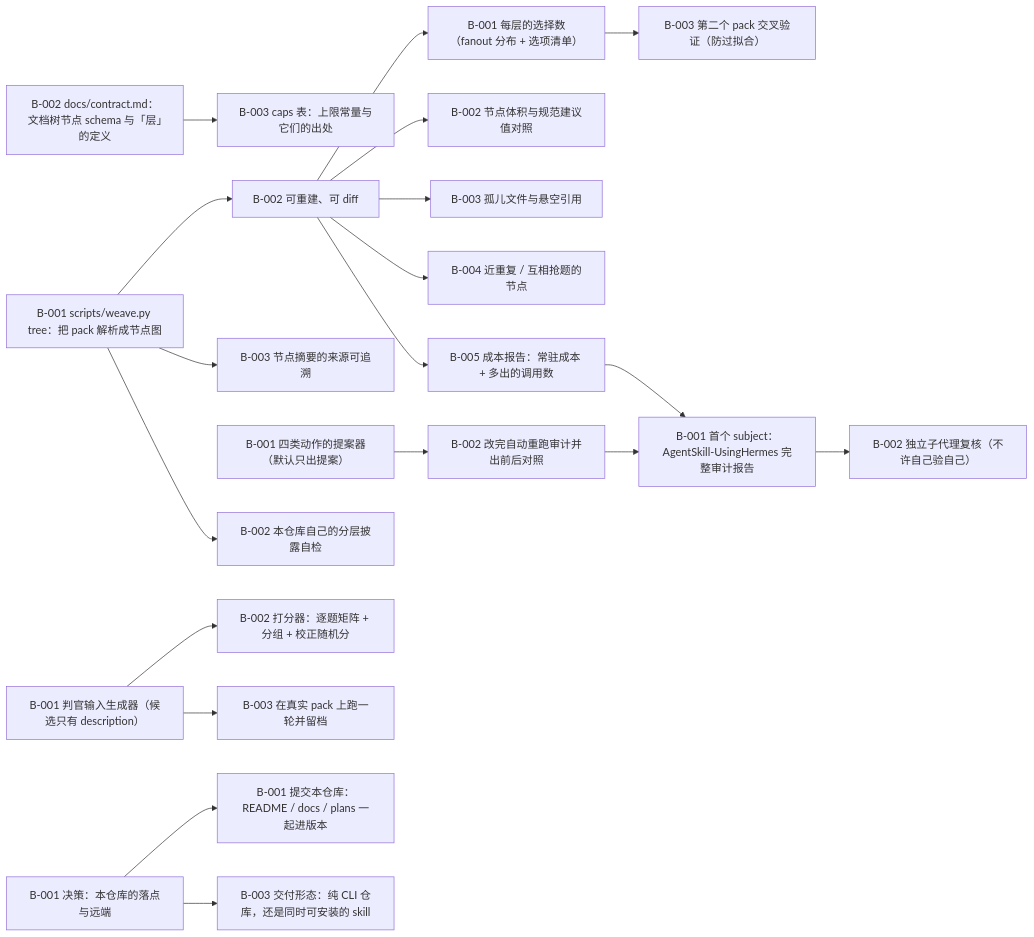
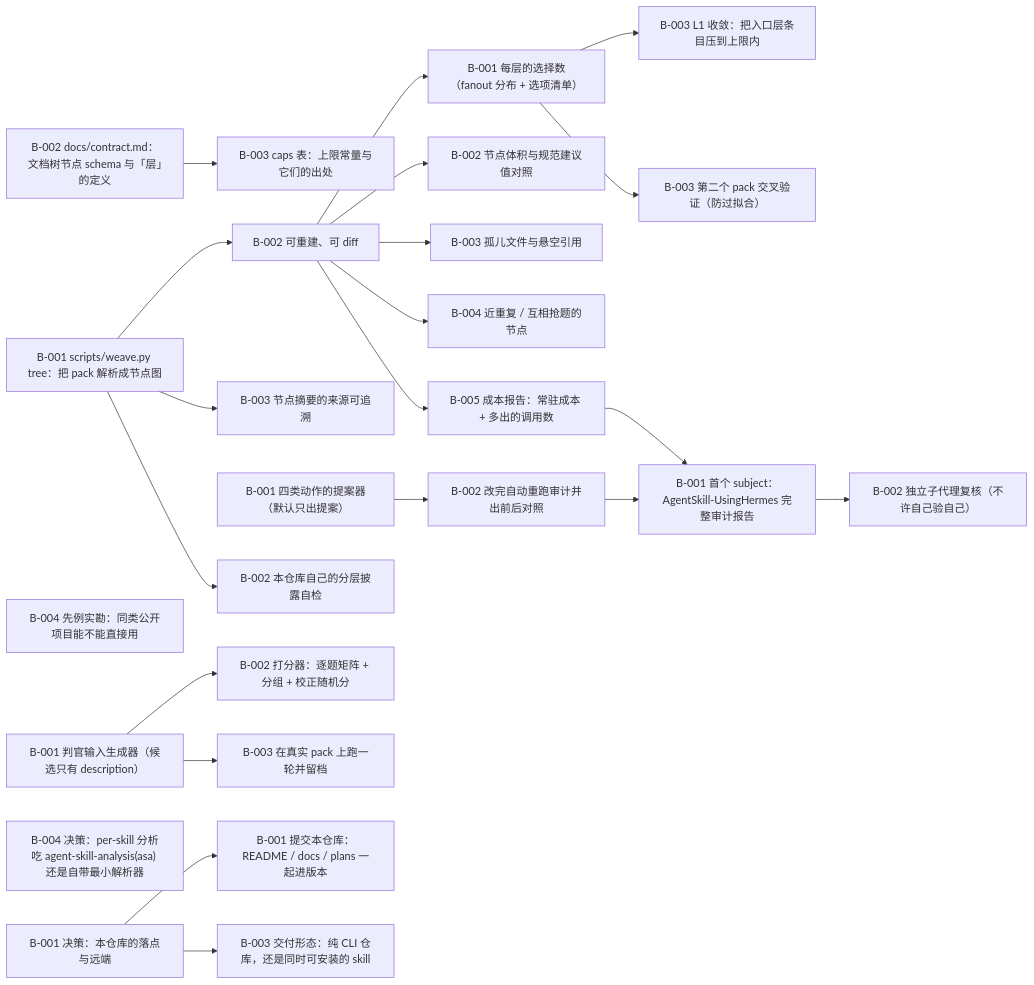
Before and after one commit to flmaximwang/SkillWeave: the diagram in plans/skillweave/PLAN.md, drawn with Mermaid. The commit also changed other lines of this file and 3 other files, not shown here.

````diff
--- a/plans/skillweave/PLAN.md
+++ b/plans/skillweave/PLAN.md
@@ -20,49 +24,55 @@
 ```mermaid
 flowchart LR
   T-001_B-001["B-001 决策：本仓库的落点与远端"]
   T-001_B-002["B-002 docs/contract.md：文档树节点 schema 与「层」的定义"]
   T-001_B-003["B-003 caps 表：上限常量与它们的出处"]
+  T-001_B-004["B-004 先例实勘：同类公开项目能不能直接用"]
   T-002_B-001["B-001 scripts/weave.py tree：把 pack 解析成节点图"]
   T-002_B-002["B-002 可重建、可 diff"]
   T-002_B-003["B-003 节点摘要的来源可追溯"]
+  T-002_B-004["B-004 决策：per-skill 分析吃 agent-skill-analysis(asa) 还是自带最小解析器"]
   T-003_B-001["B-001 每层的选择数（fanout 分布 + 选项清单）"]
   T-003_B-002["B-002 节点体积与规范建议值对照"]
   T-003_B-003["B-003 孤儿文件与悬空引用"]
   T-003_B-004["B-004 近重复 / 互相抢题的节点"]
   T-003_B-005["B-005 成本报告：常驻成本 + 多出的调用数"]
   T-004_B-001["B-001 四类动作的提案器（默认只出提案）"]
   T-004_B-002["B-002 改完自动重跑审计并出前后对照"]
+  T-004_B-003["B-003 L1 收敛：把入口层条目压到上限内"]
   T-005_B-001["B-001 判官输入生成器（候选只有 description）"]
   T-005_B-002["B-002 打分器：逐题矩阵 + 分组 + 校正随机分"]
   T-005_B-003["B-003 在真实 pack 上跑一轮并留档"]
   T-006_B-001["B-001 首个 subject：AgentSkill-UsingHermes 完整审计报告"]
   T-006_B-002["B-002 独立子代理复核（不许自己验自己）"]
   T-006_B-003["B-003 第二个 pack 交叉验证（防过拟合）"]
   T-007_B-001["B-001 提交本仓库：README / docs / plans 一起进版本"]
   T-007_B-002["B-002 本仓库自己的分层披露自检"]
   T-007_B-003["B-003 交付形态：纯 CLI 仓库，还是同时可安装的 skill"]
   T-001_B-002 --> T-001_B-003
   T-002_B-001 --> T-002_B-002
   T-002_B-001 --> T-002_B-003
   T-002_B-002 --> T-003_B-001
   T-002_B-002 --> T-003_B-002
   T-002_B-002 --> T-003_B-003
   T-002_B-002 --> T-003_B-004
   T-002_B-002 --> T-003_B-005
   T-004_B-001 --> T-004_B-002
+  T-003_B-001 --> T-004_B-003
   T-005_B-001 --> T-005_B-002
   T-005_B-001 --> T-005_B-003
   T-003_B-005 --> T-006_B-001
   T-004_B-002 --> T-006_B-001
   T-006_B-001 --> T-006_B-002
   T-003_B-001 --> T-006_B-003
   T-001_B-001 --> T-007_B-001
   T-002_B-001 --> T-007_B-002
   T-001_B-001 --> T-007_B-003
   classDef blocked stroke-width:1px;
-  class T-001_B-001,T-007_B-003 blocked;
+  class T-001_B-001,T-002_B-004,T-007_B-003 blocked;
+  classDef done stroke-width:1px;
+  class T-001_B-002,T-001_B-003,T-001_B-004,T-002_B-001,T-003_B-001,T-007_B-001 done;
   classDef claimed stroke-width:1px;
-  class T-001_B-002,T-002_B-001,T-004_B-001,T-005_B-001 claimed;
+  class T-002_B-002,T-002_B-003,T-004_B-001,T-004_B-003,T-005_B-001,T-006_B-003,T-007_B-002 claimed;
   classDef waiting stroke-width:1px;
-  class T-001_B-003,T-002_B-002,T-002_B-003,T-003_B-001,T-003_B-002,T-003_B-003,T-003_B-004,T-003_B-005,T-004_B-002,T-005_B-002,T-005_B-003,T-006_B-001,T-006_B-002,T-006_B-003,T-007_B-001,T-007_B-002 waiting;
+  class T-003_B-002,T-003_B-003,T-003_B-004,T-003_B-005,T-004_B-002,T-005_B-002,T-005_B-003,T-006_B-001,T-006_B-002 waiting;
 ```
````
